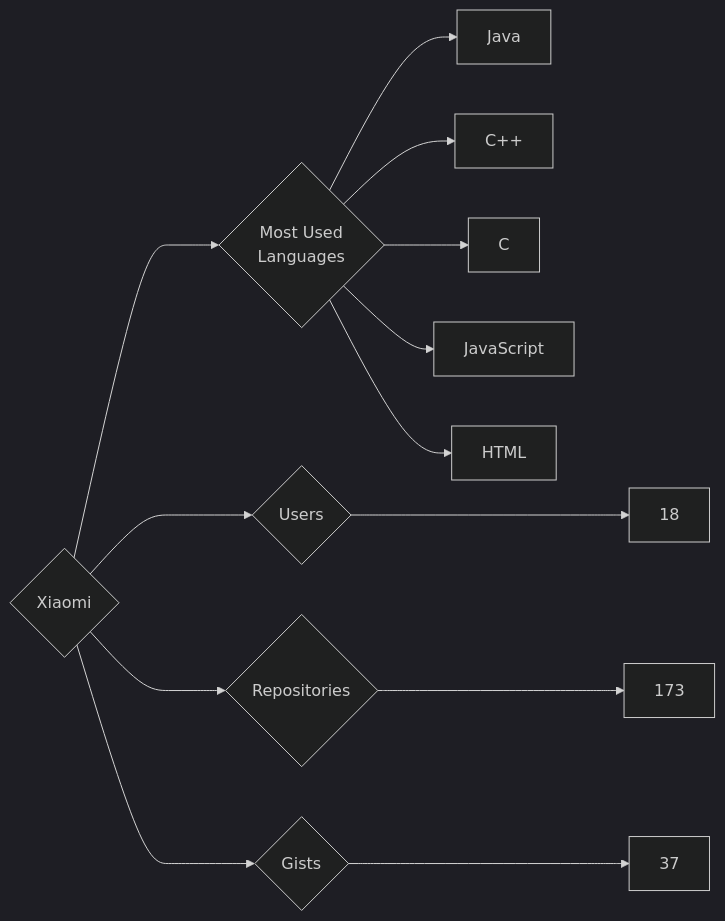
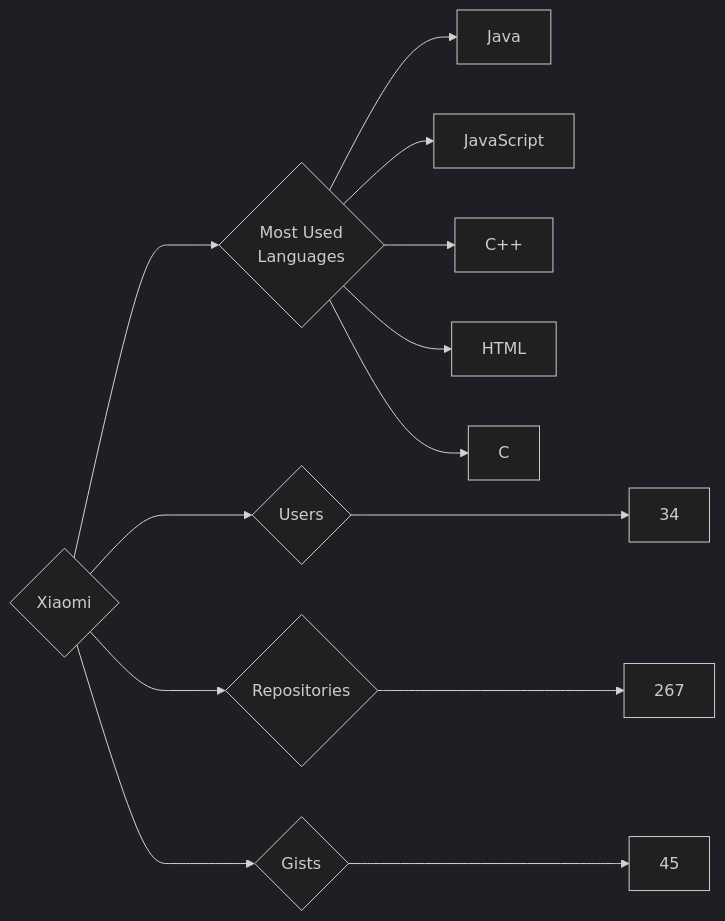
One commit to trickest/insiders changed the diagram in targets/Xiaomi/README.md. Above: the diagram before and after it, drawn with Mermaid (dark theme). The commit also changed 940 other files, not shown here.

````diff
--- a/targets/Xiaomi/README.md
+++ b/targets/Xiaomi/README.md
@@ -3,13 +3,13 @@
 ```mermaid
 graph LR
 COMPANY_NAME{Xiaomi}
-COMPANY_NAME ---> U{Users} ---> UN[18]
-COMPANY_NAME ---> R{Repositories} ---> RN[173]
-COMPANY_NAME ---> G{Gists} ---> GN[37]
+COMPANY_NAME ---> U{Users} ---> UN[34]
+COMPANY_NAME ---> R{Repositories} ---> RN[267]
+COMPANY_NAME ---> G{Gists} ---> GN[45]
 COMPANY_NAME ---> ML{Most Used<br>Languages}
 ML --> Java[Java]
+ML --> JavaScript[JavaScript]
 ML --> C++[C++]
+ML --> HTML[HTML]
 ML --> C[C]
-ML --> JavaScript[JavaScript]
-ML --> HTML[HTML]
 ```
````
